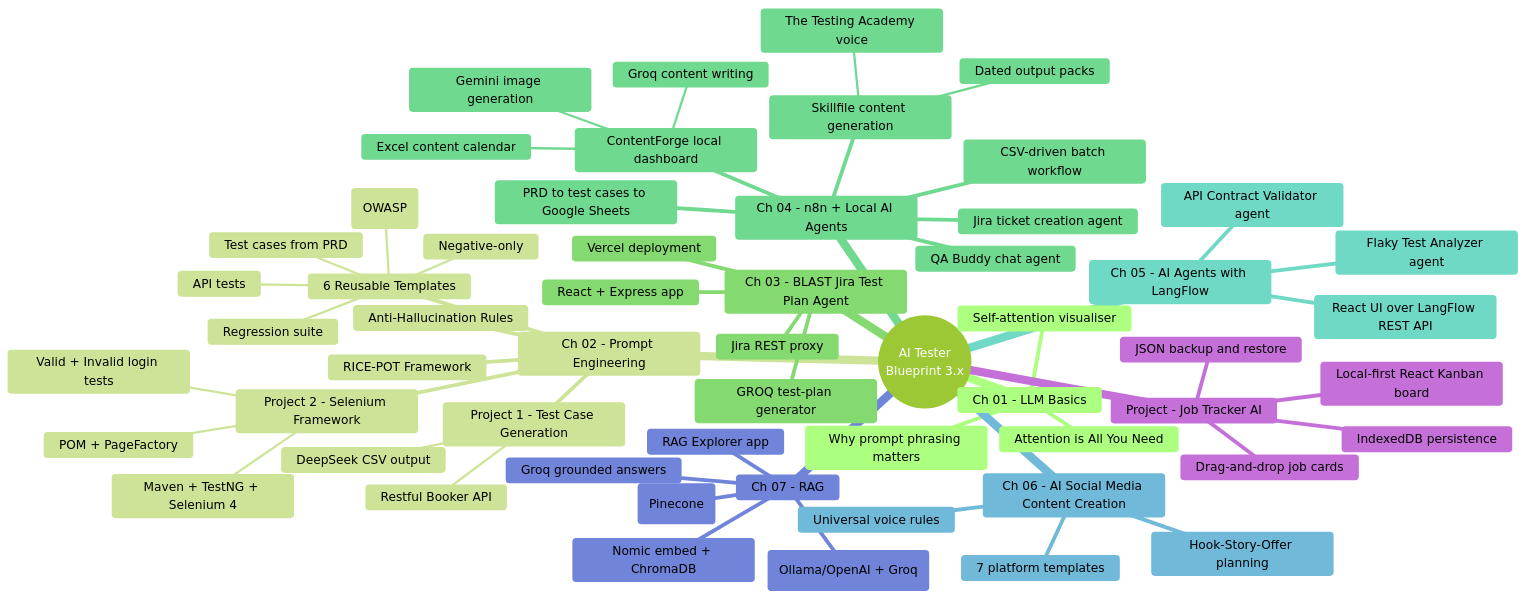
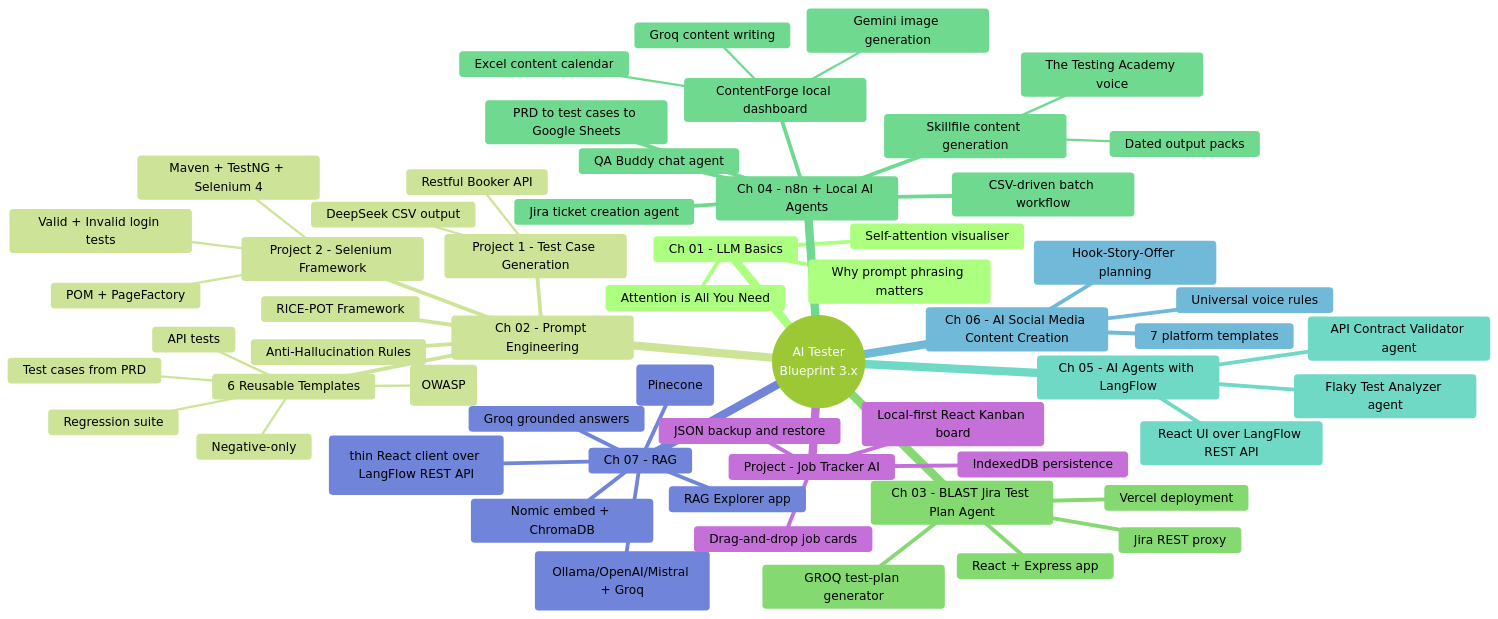
One commit to SathishQASelenium/AI3xBatch changed the first of 4 diagrams in README.md. Above: the diagram before and after it, drawn with Mermaid (forest theme). The commit also changed other lines of this file and 17 other files, not shown here.

First line of the commit message:
Add LangFlow RAG Explorer chat UI and document it in root + chapter READMEs

````diff
--- a/README.md
+++ b/README.md
@@ -14,60 +14,61 @@
 ```mermaid
 mindmap
   root((AI Tester<br/>Blueprint 3.x))
     Ch 01 - LLM Basics
       Attention is All You Need
       Self-attention visualiser
       Why prompt phrasing matters
     Ch 02 - Prompt Engineering
       Anti-Hallucination Rules
       RICE-POT Framework
       Project 1 - Test Case Generation
         Restful Booker API
         DeepSeek CSV output
       Project 2 - Selenium Framework
         Maven + TestNG + Selenium 4
         POM + PageFactory
         Valid + Invalid login tests
       6 Reusable Templates
         Test cases from PRD
         API tests
         Negative-only
         Security (OWASP)
         Regression suite
     Ch 03 - BLAST Jira Test Plan Agent
       React + Express app
       Jira REST proxy
       GROQ test-plan generator
       Vercel deployment
     Ch 04 - n8n + Local AI Agents
       QA Buddy chat agent
       Jira ticket creation agent
       PRD to test cases to Google Sheets
       CSV-driven batch workflow
       ContentForge local dashboard
         Groq content writing
         Gemini image generation
         Excel content calendar
       Skillfile content generation
         The Testing Academy voice
         Dated output packs
     Ch 05 - AI Agents with LangFlow
       Flaky Test Analyzer agent
       API Contract Validator agent
       React UI over LangFlow REST API
     Ch 06 - AI Social Media Content Creation
       Hook-Story-Offer planning
       7 platform templates
       Universal voice rules
     Ch 07 - RAG
       RAG Explorer app
       Nomic embed + ChromaDB
       Groq grounded answers
       n8n no-code variant (Pinecone)
-      LangFlow no-code variant (Ollama/OpenAI + Groq)
+      LangFlow no-code variant (Ollama/OpenAI/Mistral + Groq)
+      LangFlow RAG Explorer chat UI (thin React client over LangFlow REST API)
     Project - Job Tracker AI
       Local-first React Kanban board
       IndexedDB persistence
       Drag-and-drop job cards
       JSON backup and restore
 ```
````
